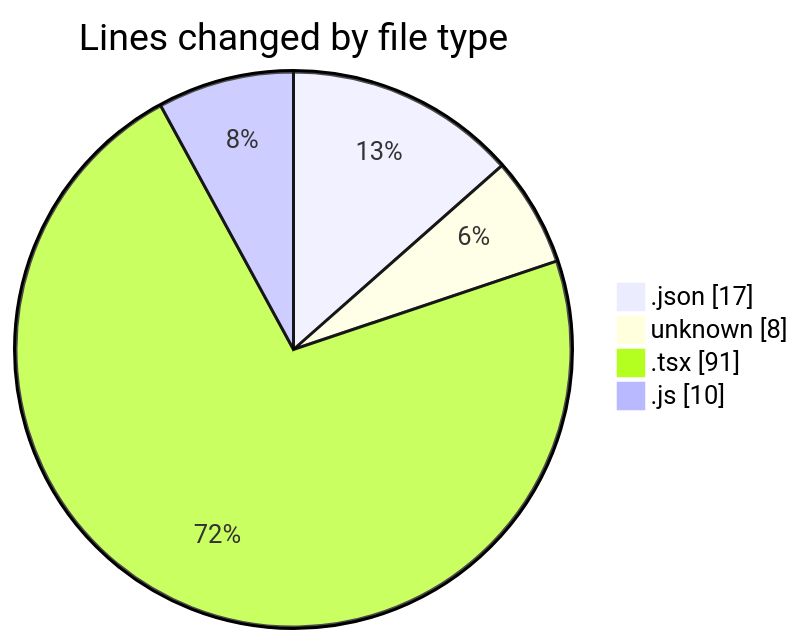
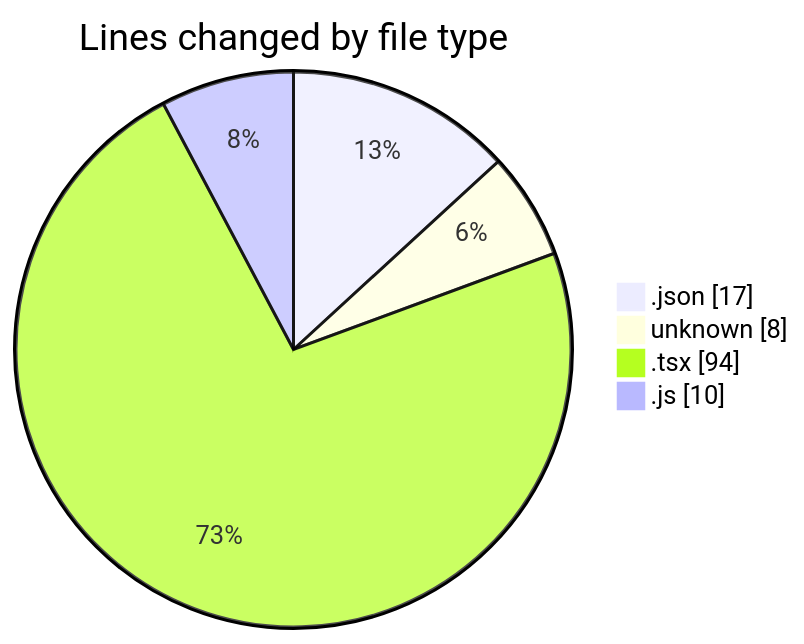
One commit to Elitesun/code-tracking changed the first of 2 diagrams in 2025-05-02/niten/README.md. Above: the diagram before and after it, drawn with Mermaid. The commit also changed other lines of this file and 1 other file, not shown here.

````diff
--- a/2025-05-02/niten/README.md
+++ b/2025-05-02/niten/README.md
@@ -25,8 +25,8 @@
 ```mermaid
 pie showData
 title Lines changed by file type
 ".json" : 17
 "unknown" : 8
-".tsx" : 91
+".tsx" : 94
 ".js" : 10
 ```
````
